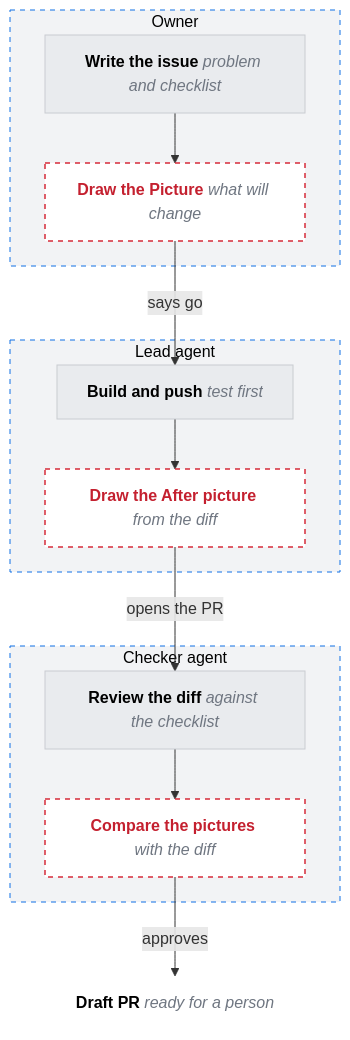
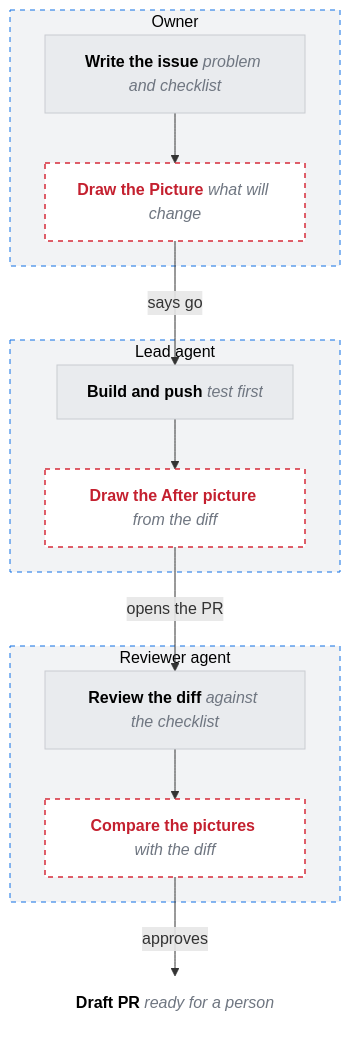
Before and after one commit to tborys/driftshield: the diagram in .claude/skills/issue-diagram/examples/workflow.md, drawn with Mermaid. The commit also changed 8 other files, not shown here.

Commit message:
chore: sync the delivery kit, rename the checker agent to reviewer (#255)

````diff
--- a/.claude/skills/issue-diagram/examples/workflow.md
+++ b/.claude/skills/issue-diagram/examples/workflow.md
@@ -5,25 +5,25 @@
 ```mermaid
 flowchart TB
   subgraph owner["Owner"]
     write["<b>Write the issue </b><font color='#6f7681'><i>problem and checklist</i></font>"]
     picture["<b>Draw the Picture </b><font color='#6f7681'><i>what will change</i></font>"]
   end
   subgraph lead["Lead agent"]
     build["<b>Build and push </b><font color='#6f7681'><i>test first</i></font>"]
     drawn["<b>Draw the After picture </b><font color='#6f7681'><i>from the diff</i></font>"]
   end
-  subgraph checker["Checker agent"]
+  subgraph reviewer["Reviewer agent"]
     review["<b>Review the diff </b><font color='#6f7681'><i>against the checklist</i></font>"]
     compare["<b>Compare the pictures </b><font color='#6f7681'><i>with the diff</i></font>"]
   end
   pr["<b>Draft PR </b><font color='#6f7681'><i>ready for a person</i></font>"]
   write --> picture -->|"says go"| build --> drawn -->|"opens the PR"| review --> compare -->|"approves"| pr
   classDef containerBox fill:#f2f3f5, color:black, stroke:#1071e5, stroke-width:1px, stroke-dasharray:5
   classDef componentBox fill:#ffffff, color:black, stroke:none
   classDef unchanged fill:#e9ebee, color:black, stroke:#c9ccd1, stroke-width:1px
   classDef todo fill:#ffffff, color:#c4202f, stroke:#d62b3a, stroke-width:1.5px, stroke-dasharray:5
-  class owner,lead,checker containerBox
+  class owner,lead,reviewer containerBox
   class pr componentBox
   class write,build,review unchanged
   class picture,drawn,compare todo
 ```
````
